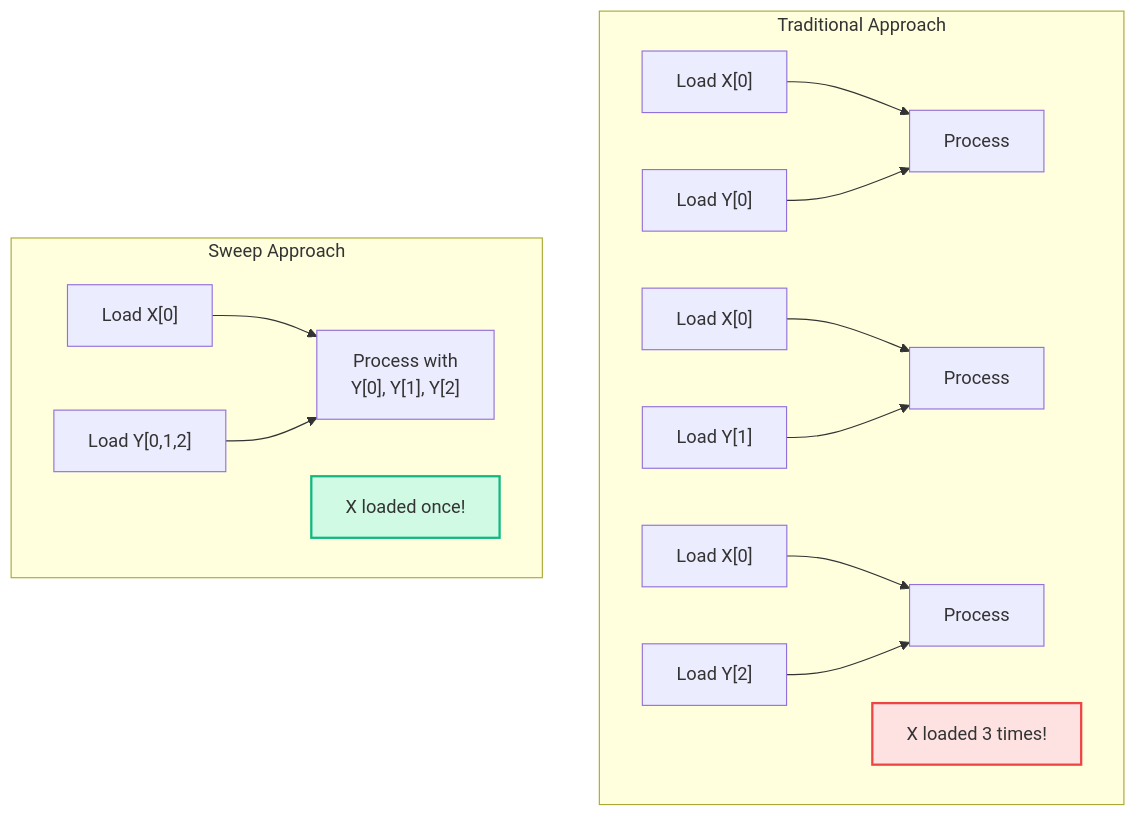
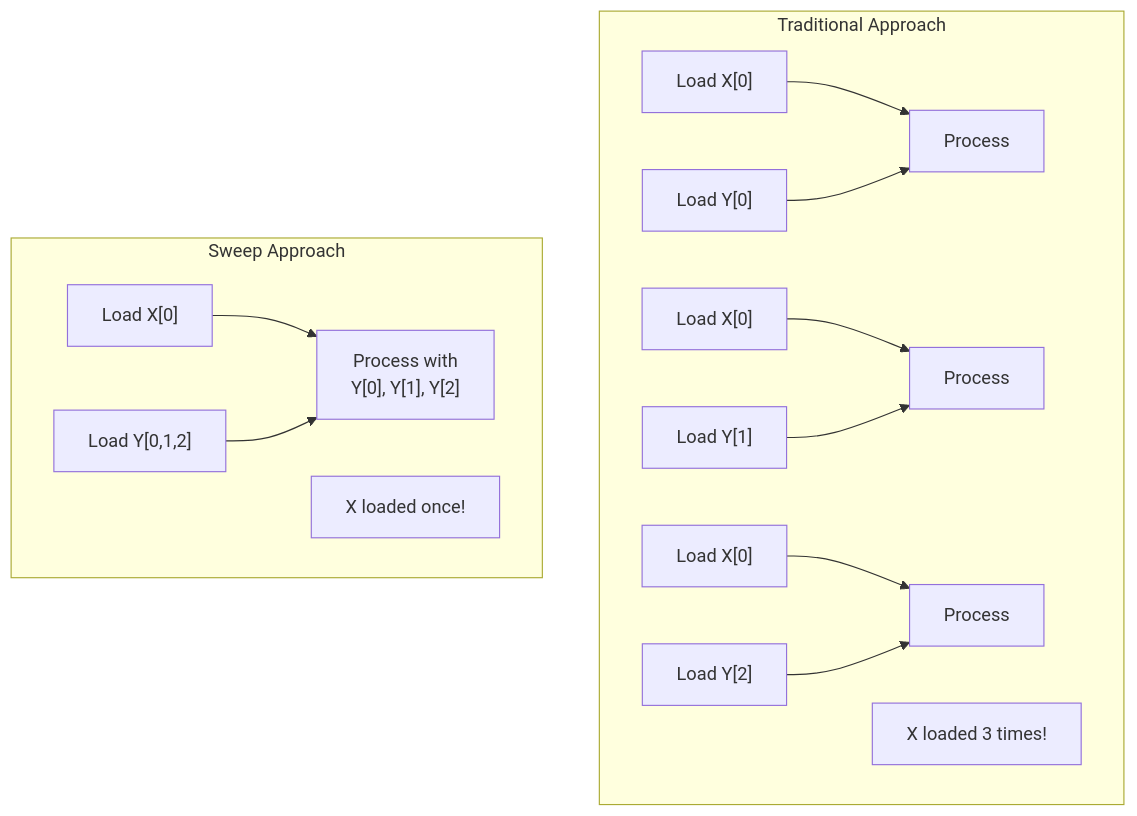
One commit to hdt98/rocm-libraries changed the second of 4 diagrams in projects/composablekernel/docs/conceptual/ck_tile/sweep_tile.rst. Above: the diagram before and after it, drawn with Mermaid. The commit also changed other lines of this file and 21 other files, not shown here.

First line of the commit message:
[ck] Updated CK Tile documentation to use mermaid diagrams (#7955)

```diff
--- a/projects/composablekernel/docs/conceptual/ck_tile/sweep_tile.rst
+++ b/projects/composablekernel/docs/conceptual/ck_tile/sweep_tile.rst
@@ -129,21 +109,18 @@
-      .. mermaid::
-      
-         graph TB
-             subgraph "Traditional Approach"
-                 T1["Load X[0]"] --> P1["Process"]
-                 T2["Load Y[0]"] --> P1
-                 T3["Load X[0]"] --> P2["Process"]
-                 T4["Load Y[1]"] --> P2
-                 T5["Load X[0]"] --> P3["Process"]
-                 T6["Load Y[2]"] --> P3
-                 Note1["X loaded 3 times!"]
-             end
-             
-             subgraph "Sweep Approach"
-                 S1["Load X[0]"] --> SP["Process with<br/>Y[0], Y[1], Y[2]"]
-                 S2["Load Y[0,1,2]"] --> SP
-                 Note2["X loaded once!"]
-             end
-             
-             style Note1 fill:#fee2e2,stroke:#ef4444,stroke-width:2px
-             style Note2 fill:#d1fae5,stroke:#10b981,stroke-width:2px
+.. mermaid::
+
+   graph TB
+       subgraph "Traditional Approach"
+           T1["Load X[0]"] --> P1["Process"]
+           T2["Load Y[0]"] --> P1
+           T3["Load X[0]"] --> P2["Process"]
+           T4["Load Y[1]"] --> P2
+           T5["Load X[0]"] --> P3["Process"]
+           T6["Load Y[2]"] --> P3
+           Note1["X loaded 3 times!"]
+       end
+
+       subgraph "Sweep Approach"
+           S1["Load X[0]"] --> SP["Process with<br/>Y[0], Y[1], Y[2]"]
+           S2["Load Y[0,1,2]"] --> SP
+           Note2["X loaded once!"]
+       end
```
